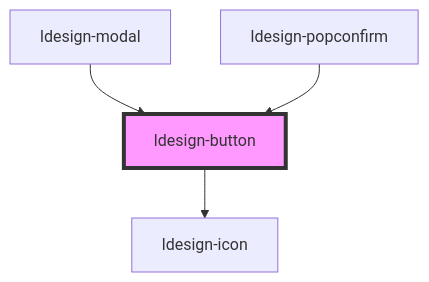
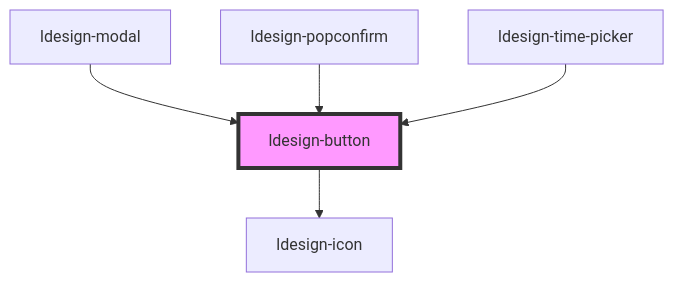
Before and after one commit to poly1603/ldesign: the diagram in packages/webcomponent/src/components/button/readme.md, drawn with Mermaid. The commit also changed other lines of this file and 29 other files, not shown here.

````diff
--- a/packages/webcomponent/src/components/button/readme.md
+++ b/packages/webcomponent/src/components/button/readme.md
@@ -103,7 +104,8 @@
 ```mermaid
 graph TD;
   ldesign-button --> ldesign-icon
   ldesign-modal --> ldesign-button
   ldesign-popconfirm --> ldesign-button
+  ldesign-time-picker --> ldesign-button
   style ldesign-button fill:#f9f,stroke:#333,stroke-width:4px
 ```
````
